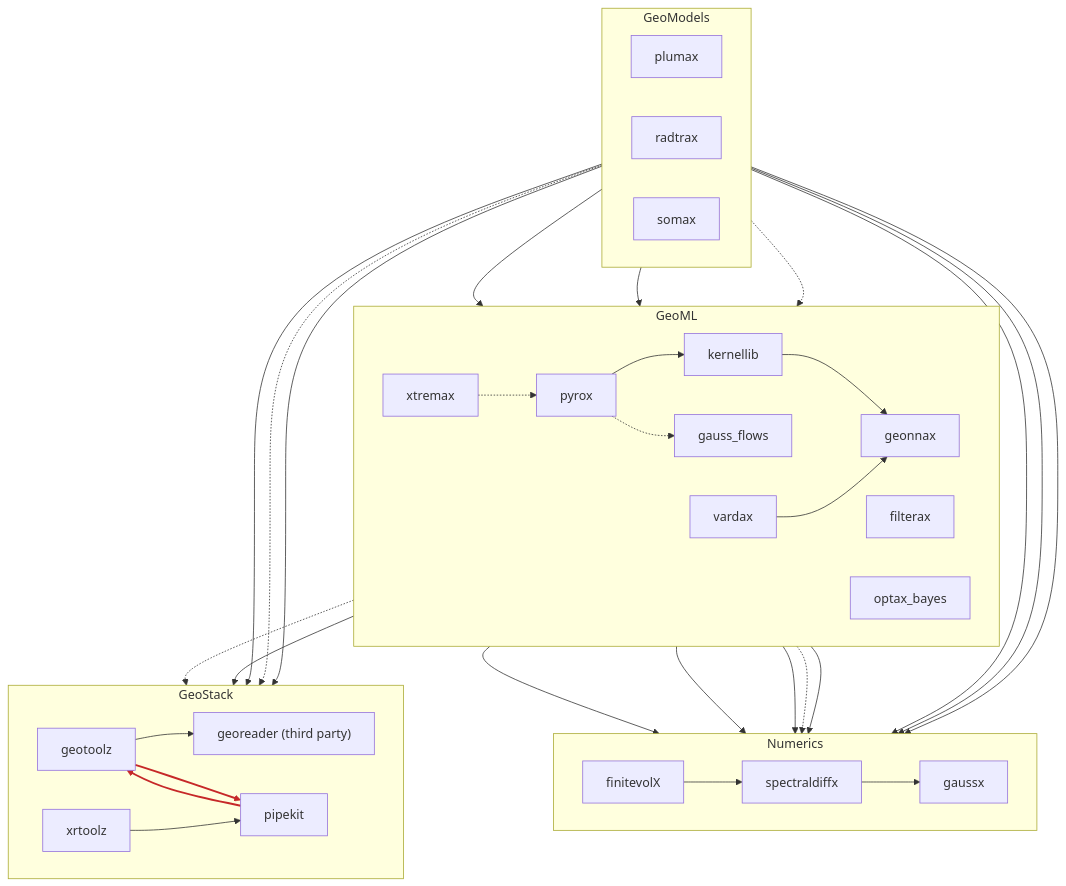
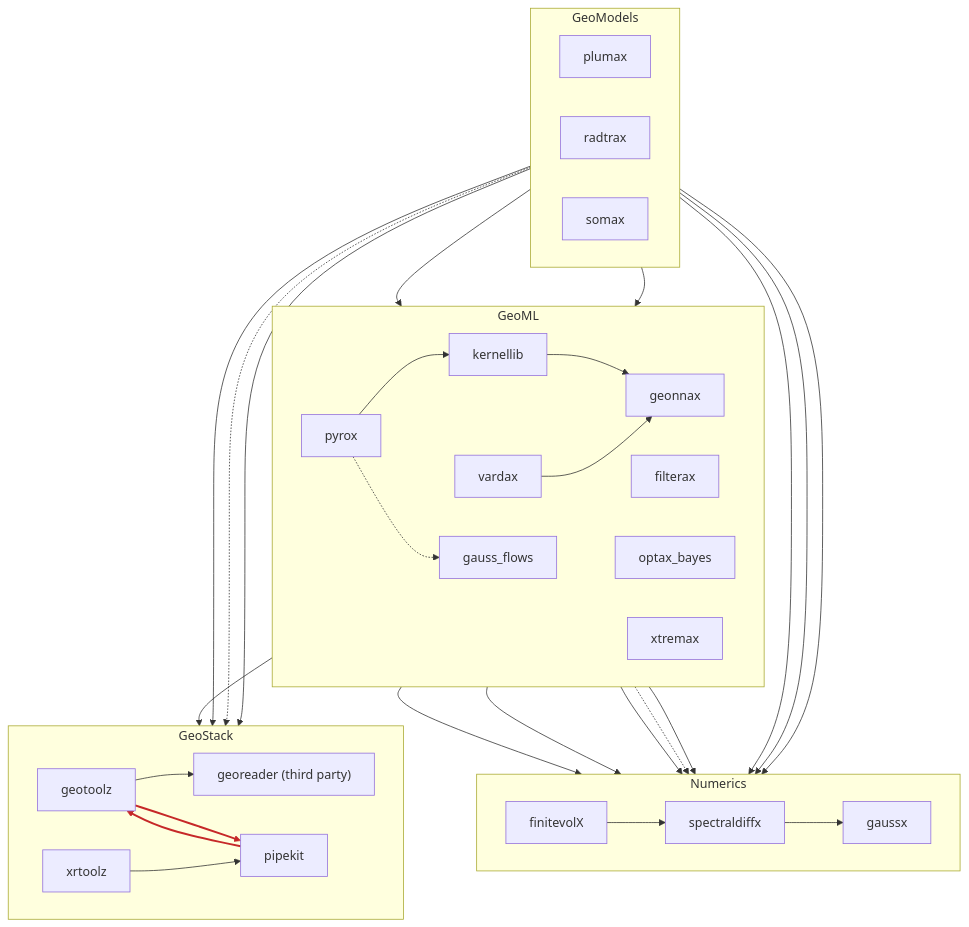
The diagram in README.md (jejjohnson/geostack), drawn with Mermaid before and after one commit. The commit also changed other lines of this file and 3 other files, not shown here.

First line of the commit message:
docs: count library dependencies only; xtremax to tier 1, vardax above filterax

````diff
--- a/README.md
+++ b/README.md
@@ -98,61 +98,58 @@
 ```mermaid
 flowchart TB
   subgraph geomodels["GeoModels"]
     direction LR
     plumax["plumax"]
     radtrax["radtrax"]
     somax["somax"]
   end
   subgraph geoml["GeoML"]
     direction LR
-    xtremax["xtremax"]
+    vardax["vardax"]
     filterax["filterax"]
     pyrox["pyrox"]
-    vardax["vardax"]
     kernellib["kernellib"]
     optax_bayes["optax_bayes"]
+    xtremax["xtremax"]
     gauss_flows["gauss_flows"]
     geonnax["geonnax"]
   end
   subgraph numerics["Numerics"]
     direction LR
     finitevolX["finitevolX"]
     spectraldiffx["spectraldiffx"]
     gaussx["gaussx"]
   end
   subgraph geostack["GeoStack"]
     direction LR
     geotoolz["geotoolz"]
     xrtoolz["xrtoolz"]
     georeader["georeader (third party)"]
     pipekit["pipekit"]
   end
   filterax --> gaussx
   finitevolX --> spectraldiffx
   gauss_flows --> gaussx
   geotoolz --> georeader
   geotoolz --> pipekit
   kernellib --> gaussx
   kernellib --> geonnax
-  kernellib -.-> pipekit
   optax_bayes -.-> gaussx
   pipekit --> geotoolz
   plumax --> finitevolX
   plumax --> pipekit
   pyrox -.-> gauss_flows
   pyrox --> kernellib
   radtrax --> gaussx
   radtrax -.-> georeader
   somax --> filterax
   somax --> finitevolX
   somax --> geonnax
   somax --> pipekit
-  somax -.-> vardax
   spectraldiffx --> gaussx
   vardax --> gaussx
   vardax --> geonnax
   vardax --> pipekit
   xrtoolz --> pipekit
-  xtremax -.-> pyrox
-  linkStyle 4,9 stroke:#c62828,stroke-width:2.5px
+  linkStyle 4,8 stroke:#c62828,stroke-width:2.5px
 ```
````
